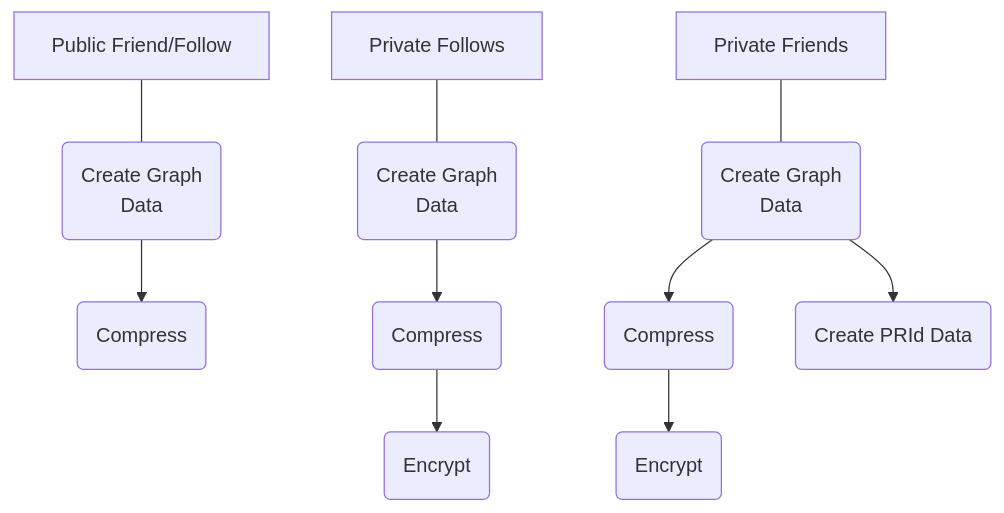
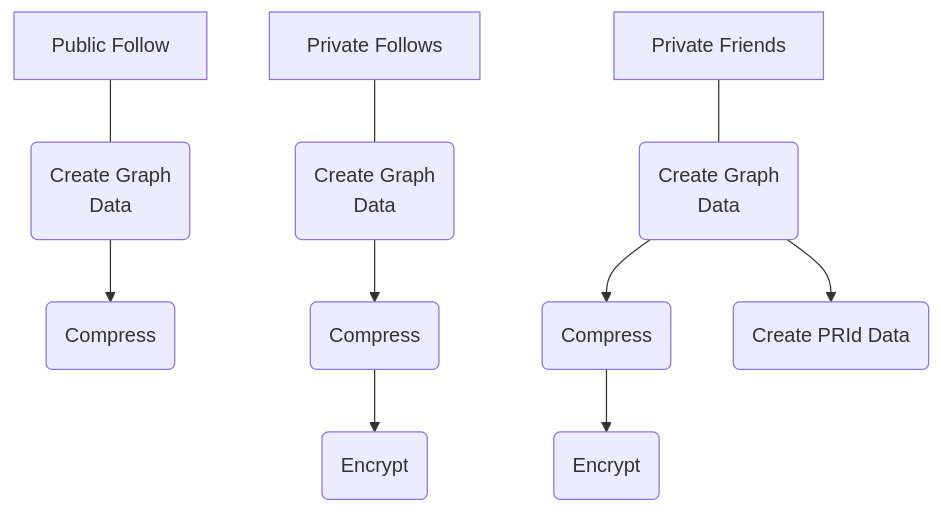
The second of 4 diagrams in README.md (ProjectLibertyLabs/reconnection-service), drawn with Mermaid before and after one commit. The commit also changed other lines of this file, not shown here.

````diff
--- a/README.md
+++ b/README.md
@@ -22,7 +31,7 @@
 ```mermaid
 flowchart TD
-pub1["Public Friend/Follow"] --- pub2(Create Graph\nData) --> pub3(Compress)
+pub1["Public Follow"] --- pub2(Create Graph\nData) --> pub3(Compress)
 priFollow1["Private Follows"] --- priFollow2(Create Graph\nData) --> priFollow3(Compress) --> priFollow4(Encrypt)
 priFriend1["Private Friends"] --- priFriend2(Create Graph\nData) --> priFriend3(Compress) --> priFriend4(Encrypt)
 priFriend2 --> priFriend5(Create PRId Data)
 ```
````
